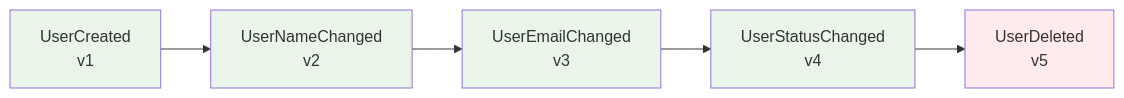
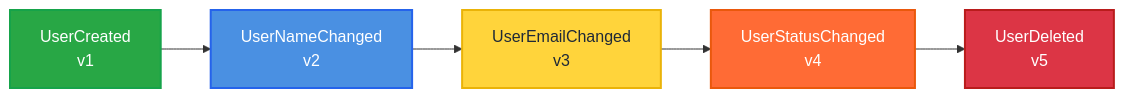
Before and after one commit to anmarkoulis/event-sourcing: the diagram in docs/presentation/diagrams/source/event-stream-sequence.mmd, drawn with Mermaid. The commit also changed 3 other files, not shown here.

```diff
--- a/docs/presentation/diagrams/source/event-stream-sequence.mmd
+++ b/docs/presentation/diagrams/source/event-stream-sequence.mmd
@@ -1,11 +1,11 @@
 graph LR
     A[UserCreated<br/>v1] --> B[UserNameChanged<br/>v2]
     B --> C[UserEmailChanged<br/>v3]
     C --> D[UserStatusChanged<br/>v4]
     D --> E[UserDeleted<br/>v5]
 
-    style A fill:#e8f5e8
-    style B fill:#e8f5e8
-    style C fill:#e8f5e8
-    style D fill:#e8f5e8
-    style E fill:#ffebee
+    style A fill:#28A745,stroke:#16a34a,stroke-width:2px,color:#ffffff
+    style B fill:#4A90E2,stroke:#2563eb,stroke-width:2px,color:#ffffff
+    style C fill:#FFD43B,stroke:#eab308,stroke-width:2px,color:#1f2937
+    style D fill:#FF6B35,stroke:#ea580c,stroke-width:2px,color:#ffffff
+    style E fill:#DC3545,stroke:#b91c1c,stroke-width:2px,color:#ffffff
```
